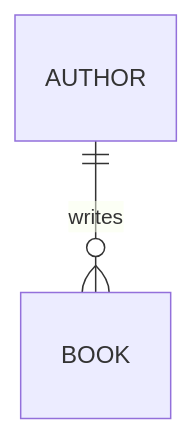
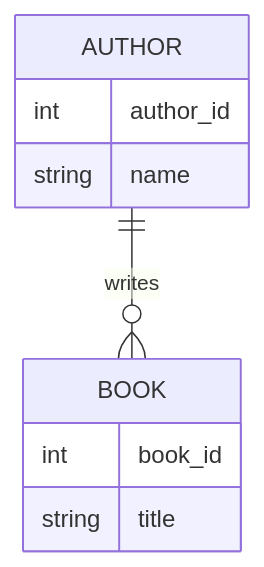
The diagram in docs/erd-diagram.md (OdinsDataForge/techmart-pipeline), drawn with Mermaid before and after one commit.

````diff
--- a/docs/erd-diagram.md
+++ b/docs/erd-diagram.md
@@ -3,4 +3,12 @@
 ```mermaid
 erDiagram
+    AUTHOR {
+        int author_id
+        string name
+    }
+    BOOK {
+        int book_id
+        string title
+    }
     AUTHOR ||--o{ BOOK : writes
 ```
````
